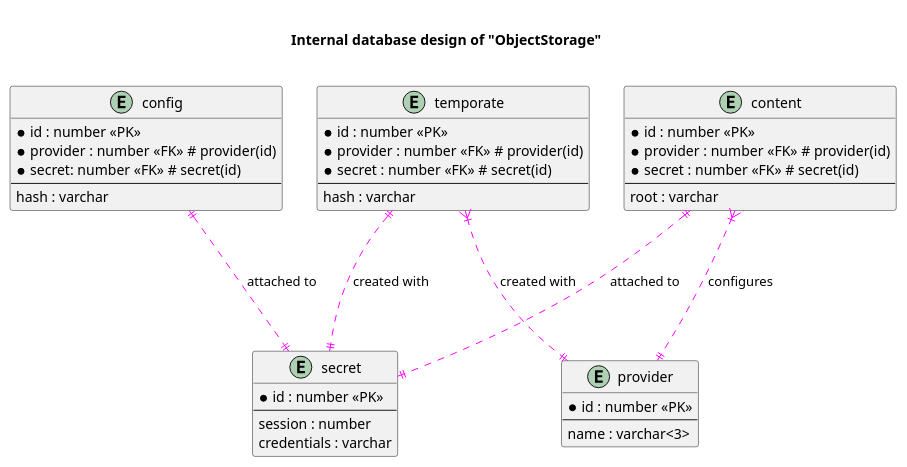
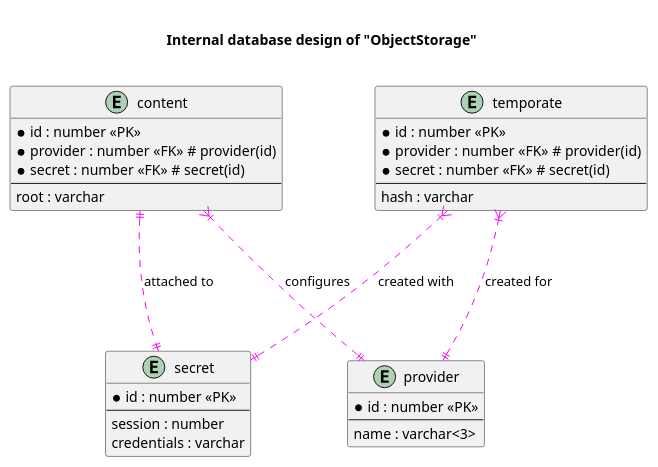
The diagram in docs/internal-database-design.md (YarikRevich/ObjectStorage), drawn with PlantUML before and after one commit. The commit also changed 28 other files, not shown here.

````diff
--- a/docs/internal-database-design.md
+++ b/docs/internal-database-design.md
@@ -1,52 +1,43 @@
 ```plantuml
 !pragma teoz true
 
 title
 
 Internal database design of "ObjectStorage"
 
 end title
-
-entity "config" {
-    *id : number <<PK>>
-    *provider : number <<FK>> # provider(id)
-    *secret: number <<FK>> # secret(id)
-    --
-    hash : varchar
-}
 
 entity "secret" {
     *id : number <<PK>>
     --
     session : number
     credentials : varchar
 }
 
 entity "provider" {
     *id : number <<PK>>
     --
     name : varchar<3>
 }
 
 entity "content" {
     *id : number <<PK>>
     *provider : number <<FK>> # provider(id)
     *secret : number <<FK>> # secret(id)
     --
     root : varchar
 }
 
 entity "temporate" {
     *id : number <<PK>>
     *provider : number <<FK>> # provider(id)
     *secret : number <<FK>> # secret(id)
     --
     hash : varchar
 }
 
-config ||...|| secret #magenta : attached to
 content ||...|| secret #magenta : attached to
 content }|...|| provider  #magenta : configures
-temporate ||...|| secret #magenta : created with
-temporate }|...|| provider  #magenta : created with
+temporate }|...|| secret #magenta : created with
+temporate }|...|| provider  #magenta : created for
 ```
````
